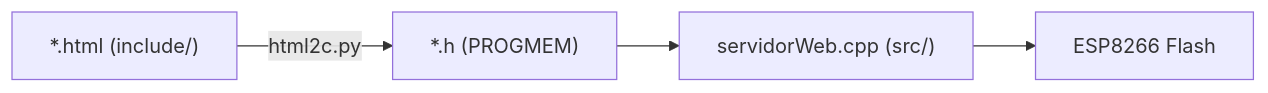
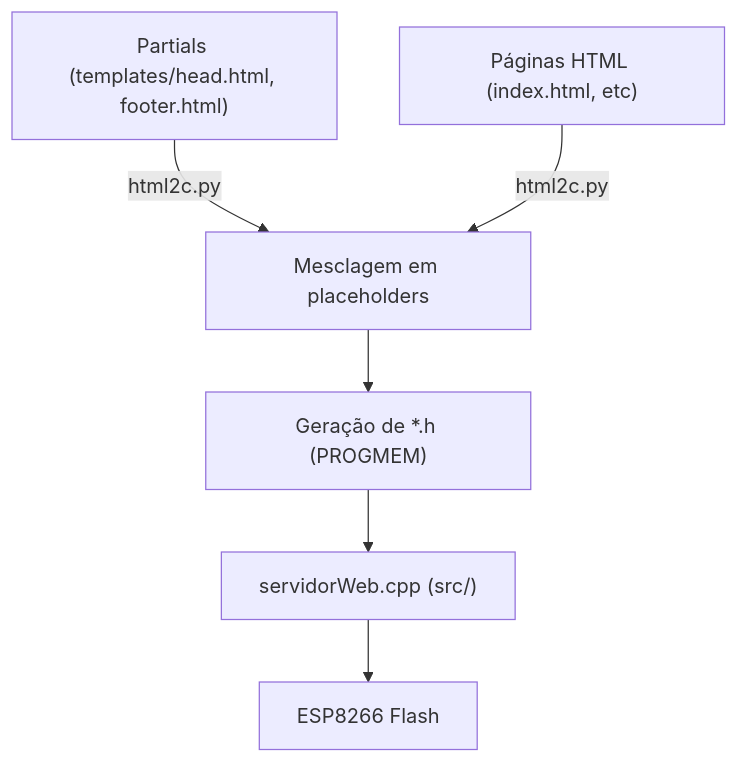
Before and after one commit to profRonaldoIFPI/IrrigaSolo_ESP01s: the diagram in include/README.md, drawn with Mermaid. The commit also changed other lines of this file and 11 other files, not shown here.

Commit message:
refactor: implementar sistema de partials HTML/CSS em tempo de compilação

````diff
--- a/include/README.md
+++ b/include/README.md
@@ -29,6 +30,8 @@
 ```mermaid
-flowchart LR
-    HTML["*.html (include/)"] -->|html2c.py| H["*.h (PROGMEM)"]
+flowchart TD
+    Partials["Partials (templates/head.html, footer.html)"] -->|html2c.py| Merge["Mesclagem em placeholders"]
+    HTML["Páginas HTML (index.html, etc)"] -->|html2c.py| Merge
+    Merge --> H["Geração de *.h (PROGMEM)"]
     H --> SRC["servidorWeb.cpp (src/)"]
     SRC --> ESP["ESP8266 Flash"]
 ```
````
